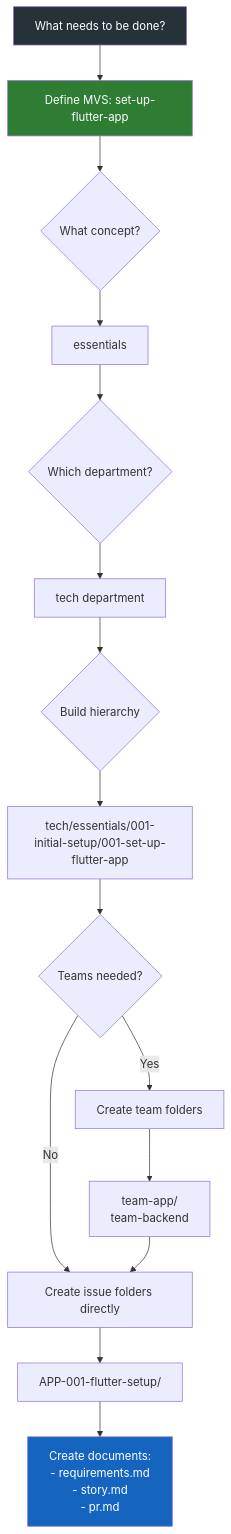
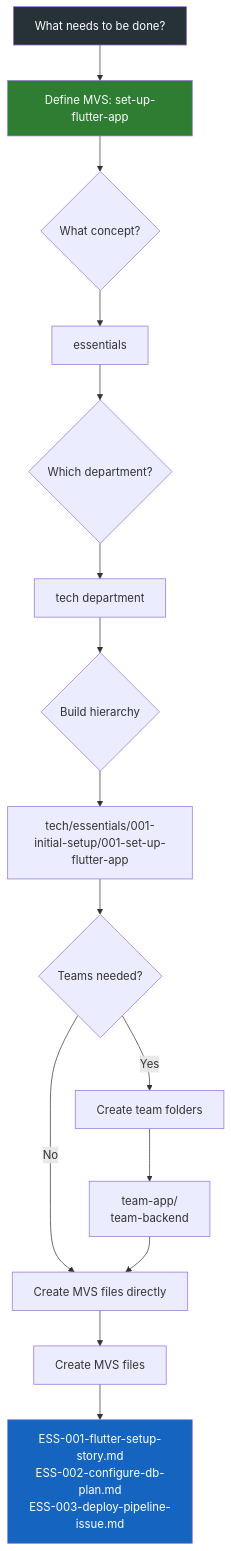
Before and after one commit to its-brianwithai/pew-pew-plx: the eighth of 9 diagrams in README.md, drawn with Mermaid. The commit also changed other lines of this file and 9 other files, not shown here.

````diff
--- a/README.md
+++ b/README.md
@@ -594,21 +609,21 @@
 ```mermaid
 flowchart TD
     A[What needs to be done?] --> B[Define MVS: set-up-flutter-app]
     B --> C{What concept?}
     C --> D[essentials]
     D --> E{Which department?}
     E --> F[tech department]
     F --> G{Build hierarchy}
     G --> H[tech/essentials/001-initial-setup/001-set-up-flutter-app]
     H --> I{Teams needed?}
     I -->|Yes| J[Create team folders]
-    I -->|No| K[Create issue folders directly]
+    I -->|No| K[Create MVS files directly]
     J --> L[team-app/<br/>team-backend]
     L --> K
-    K --> M[APP-001-flutter-setup/]
-    M --> N[Create documents:<br/>- requirements.md<br/>- story.md<br/>- pr.md]
+    K --> M[Create MVS files]
+    M --> N[ESS-001-flutter-setup-story.md<br/>ESS-002-configure-db-plan.md<br/>ESS-003-deploy-pipeline-issue.md]
     
     style A fill:#263238,color:#fff
     style B fill:#2e7d32,color:#fff
     style N fill:#1565c0,color:#fff
 ```
````
